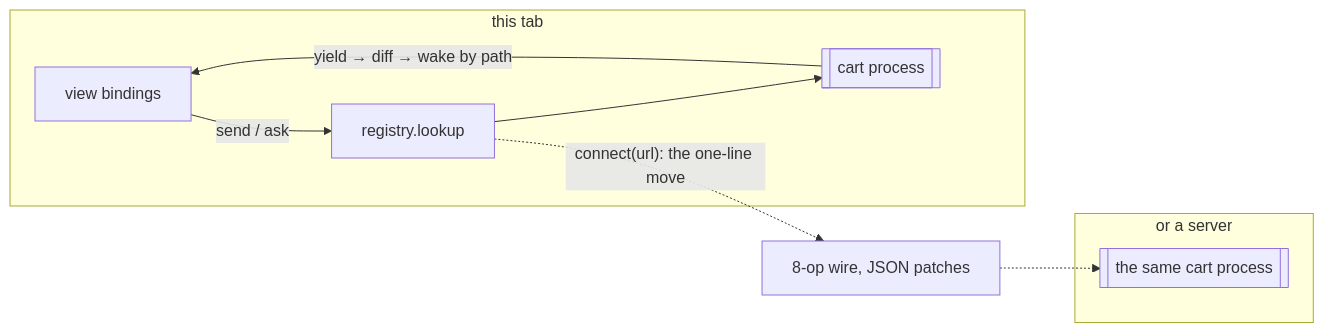
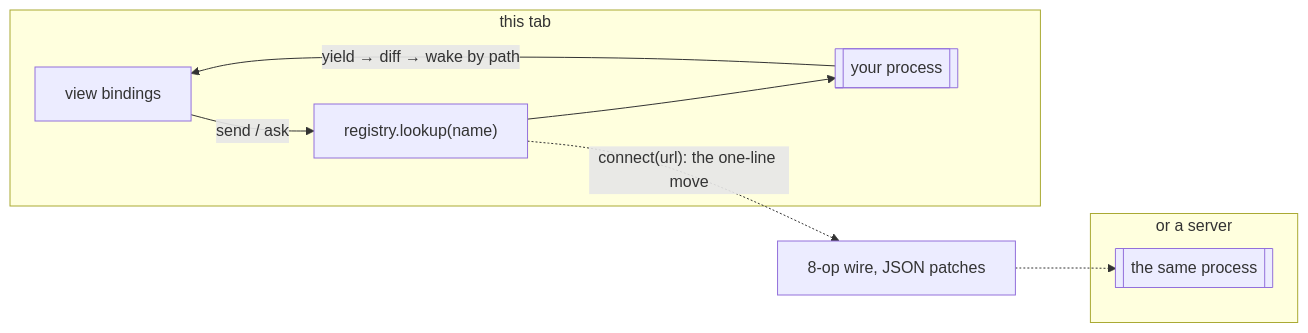
One commit to twfarland/nonchalant changed the diagram in README.md. Above: the diagram before and after it, drawn with Mermaid. The commit also changed other lines of this file and 20 other files, not shown here.

````diff
--- a/README.md
+++ b/README.md
@@ -55,13 +51,13 @@
 ```mermaid
 flowchart LR
     subgraph tab [this tab]
-        V[view bindings] -->|"send / ask"| L[registry.lookup]
-        L --> P1[[cart process]]
+        V["view bindings"] -->|"send / ask"| L["registry.lookup(name)"]
+        L --> P1[["your process"]]
         P1 -->|"yield → diff → wake by path"| V
     end
     subgraph server [or a server]
-        P2[[the same cart process]]
+        P2[["the same process"]]
     end
     L -.->|"connect(url): the one-line move"| W["8-op wire, JSON patches"]
     W -.-> P2
 ```
````
